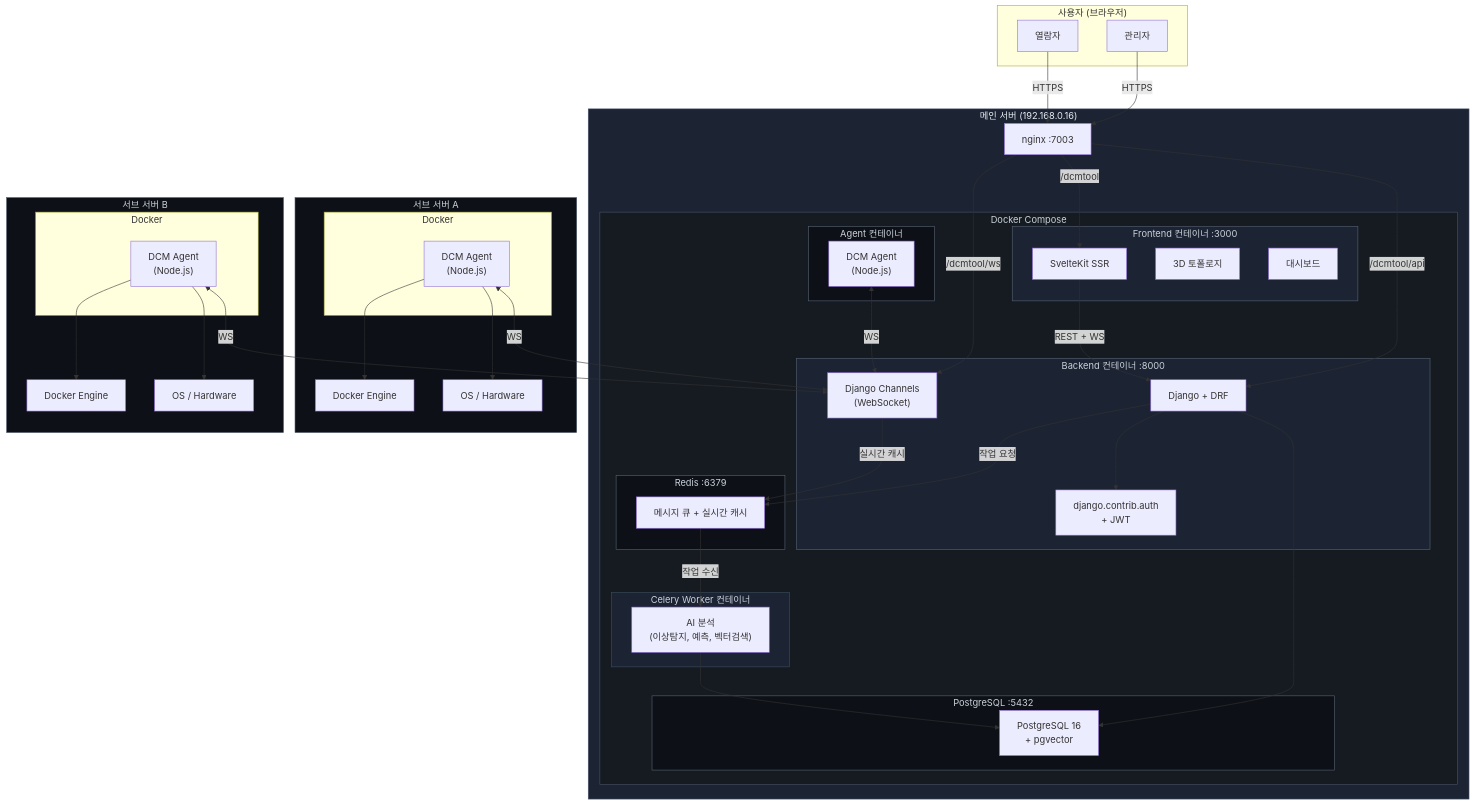
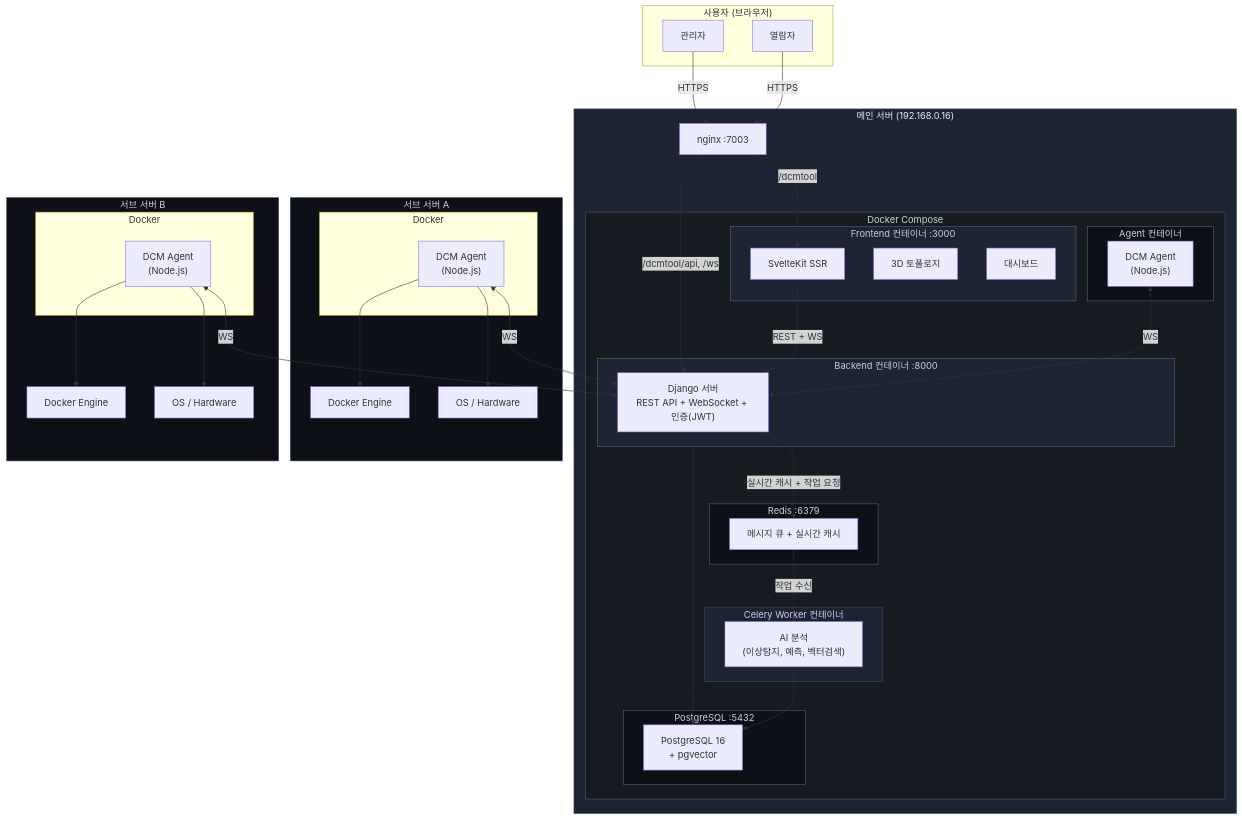
Before and after one commit to qkr7287/HyperCube: the first of 11 diagrams in docs/to-be-architecture.md, drawn with Mermaid.

Commit message:
docs: unify Backend node in system diagram
Merge Django/Channels/Auth into single node in overview diagram
to accurately reflect they are one Django server, not separate services.

```diff
--- a/docs/to-be-architecture.md
+++ b/docs/to-be-architecture.md
@@ -34,9 +34,7 @@
             end
 
             subgraph BE["Backend 컨테이너 :8000"]
-                Django["Django + DRF"]
-                Channels["Django Channels<br/>(WebSocket)"]
-                AuthDJ["django.contrib.auth<br/>+ JWT"]
+                Django["Django 서버<br/>REST API + WebSocket + 인증(JWT)"]
             end
 
             subgraph CeleryC["Celery Worker 컨테이너"]
@@ -75,20 +73,17 @@
 
     Admin & Viewer -->|HTTPS| Nginx
     Nginx -->|"/dcmtool"| SvelteKit
-    Nginx -->|"/dcmtool/api"| Django
-    Nginx -->|"/dcmtool/ws"| Channels
+    Nginx -->|"/dcmtool/api, /ws"| Django
 
     SvelteKit -->|REST + WS| Django
-    Django --> AuthDJ
     Django --> PgDB
-    Django -->|작업 요청| RedisS
+    Django -->|실시간 캐시 + 작업 요청| RedisS
     RedisS -->|작업 수신| CeleryW
     CeleryW --> PgDB
-    Channels -->|실시간 캐시| RedisS
 
-    AgentM <-->|WS| Channels
-    Agent1 <-->|WS| Channels
-    Agent2 <-->|WS| Channels
+    AgentM <-->|WS| Django
+    Agent1 <-->|WS| Django
+    Agent2 <-->|WS| Django
 
     Agent1 --> Docker1
     Agent1 --> System1
```
